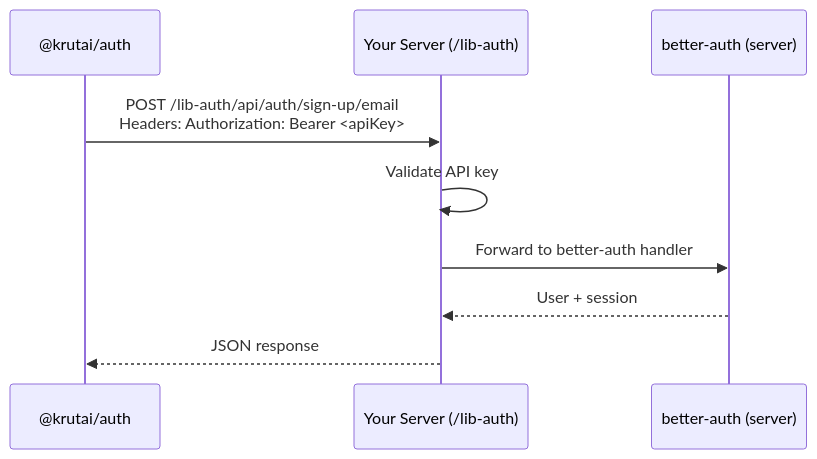
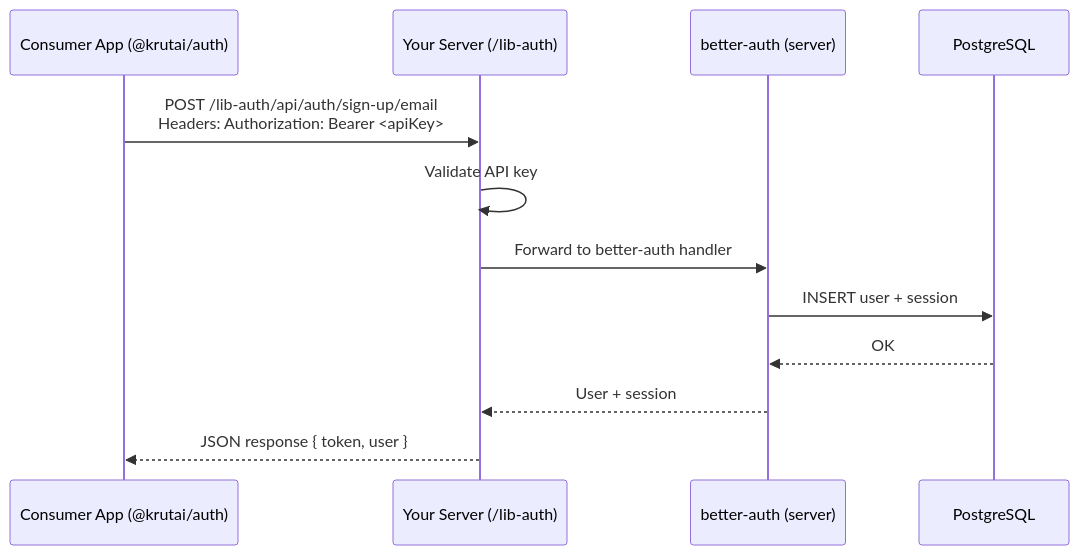
The diagram in packages/auth/AI_REFERENCE.md (AccountantAIOrg/krut_packages), drawn with Mermaid before and after one commit. The commit also changed other lines of this file and 5 other files, not shown here.

````diff
--- a/packages/auth/AI_REFERENCE.md
+++ b/packages/auth/AI_REFERENCE.md
@@ -35,12 +41,15 @@
 ```mermaid
 sequenceDiagram
-    participant Client as @krutai/auth
+    participant App as Consumer App (@krutai/auth)
     participant Server as Your Server (/lib-auth)
     participant BA as better-auth (server)
+    participant PG as PostgreSQL
 
-    Client->>Server: POST /lib-auth/api/auth/sign-up/email<br/>Headers: Authorization: Bearer <apiKey>
+    App->>Server: POST /lib-auth/api/auth/sign-up/email<br/>Headers: Authorization: Bearer <apiKey>
     Server->>Server: Validate API key
     Server->>BA: Forward to better-auth handler
+    BA->>PG: INSERT user + session
+    PG-->>BA: OK
     BA-->>Server: User + session
-    Server-->>Client: JSON response
+    Server-->>App: JSON response { token, user }
 ```
````
